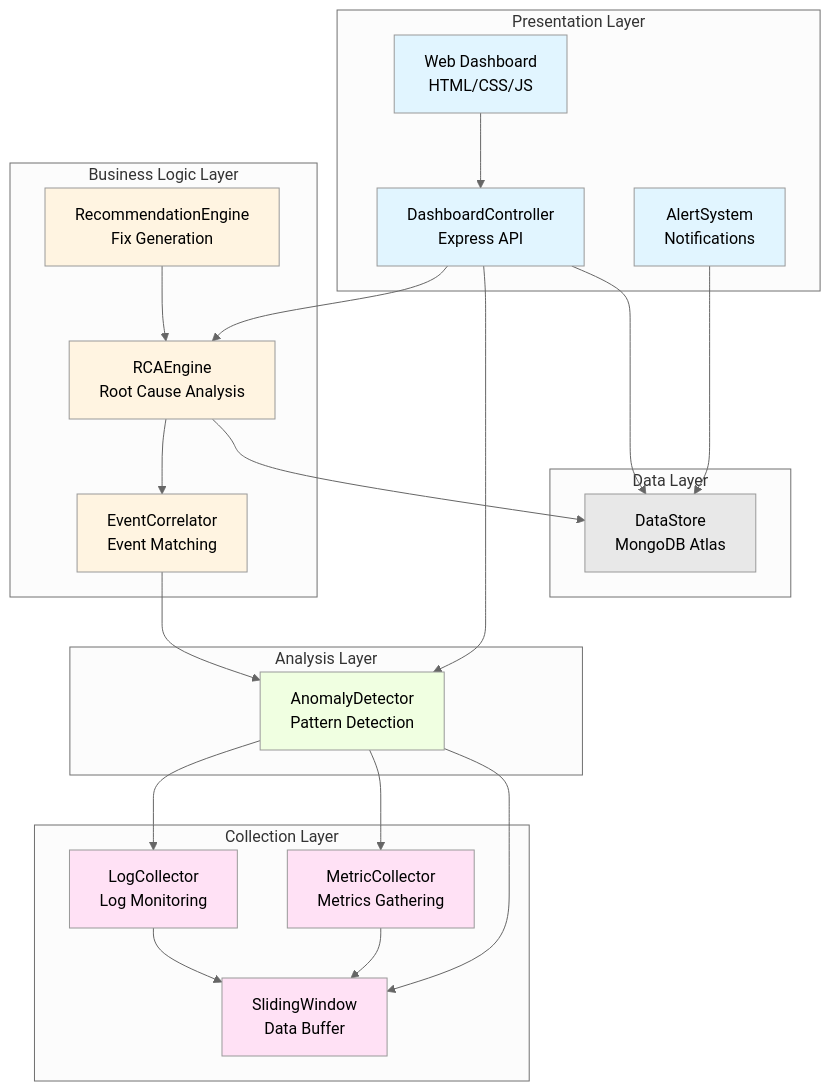
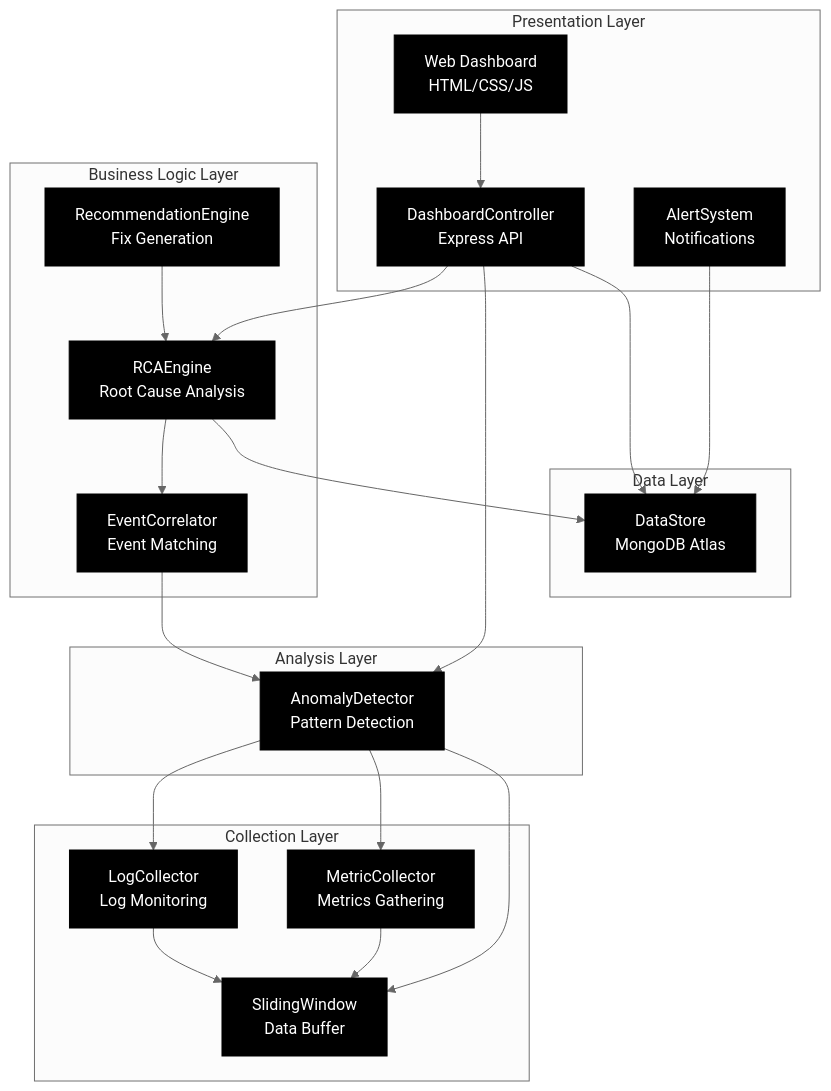
One commit to lohithtadikonda/AUTOMATED-ROOT-CAUSE-ANALYSIS-PLATFORM changed the diagram in Assignment4/Assignment4_Solution.md. Above: the diagram before and after it, drawn with Mermaid (neutral theme).

Commit message:
Architecure design changed A4

````diff
--- a/Assignment4/Assignment4_Solution.md
+++ b/Assignment4/Assignment4_Solution.md
@@ -212,58 +212,58 @@
 ```mermaid
 graph TB
     subgraph Presentation Layer
         UI[Web Dashboard<br/>HTML/CSS/JS]
         DC[DashboardController<br/>Express API]
         AS[AlertSystem<br/>Notifications]
     end
     
     subgraph Business Logic Layer
         RCA[RCAEngine<br/>Root Cause Analysis]
         RE[RecommendationEngine<br/>Fix Generation]
         EC[EventCorrelator<br/>Event Matching]
     end
     
     subgraph Analysis Layer
         AD[AnomalyDetector<br/>Pattern Detection]
     end
     
     subgraph Collection Layer
         LC[LogCollector<br/>Log Monitoring]
         MC[MetricCollector<br/>Metrics Gathering]
         SW[SlidingWindow<br/>Data Buffer]
     end
     
     subgraph Data Layer
         DS[DataStore<br/>MongoDB Atlas]
     end
     
     UI --> DC
     DC --> RCA
     DC --> AD
     DC --> DS
     AS --> DS
     
     RCA --> EC
     RE --> RCA
     RCA --> DS
     
     EC --> AD
     AD --> LC
     AD --> MC
     AD --> SW
     
     LC --> SW
     MC --> SW
     
-    style UI fill:#e1f5ff
-    style DC fill:#e1f5ff
-    style AS fill:#e1f5ff
-    style RCA fill:#fff4e1
-    style RE fill:#fff4e1
-    style EC fill:#fff4e1
-    style AD fill:#f0ffe1
-    style LC fill:#ffe1f5
-    style MC fill:#ffe1f5
-    style SW fill:#ffe1f5
-    style DS fill:#e8e8e8
+    style UI fill:#000,stroke:#000,color:#fff
+    style DC fill:#000,stroke:#000,color:#fff
+    style AS fill:#000,stroke:#000,color:#fff
+    style RCA fill:#000,stroke:#000,color:#fff
+    style RE fill:#000,stroke:#000,color:#fff
+    style EC fill:#000,stroke:#000,color:#fff
+    style AD fill:#000,stroke:#000,color:#fff
+    style LC fill:#000,stroke:#000,color:#fff
+    style MC fill:#000,stroke:#000,color:#fff
+    style SW fill:#000,stroke:#000,color:#fff
+    style DS fill:#000,stroke:#000,color:#fff
 ```
````
